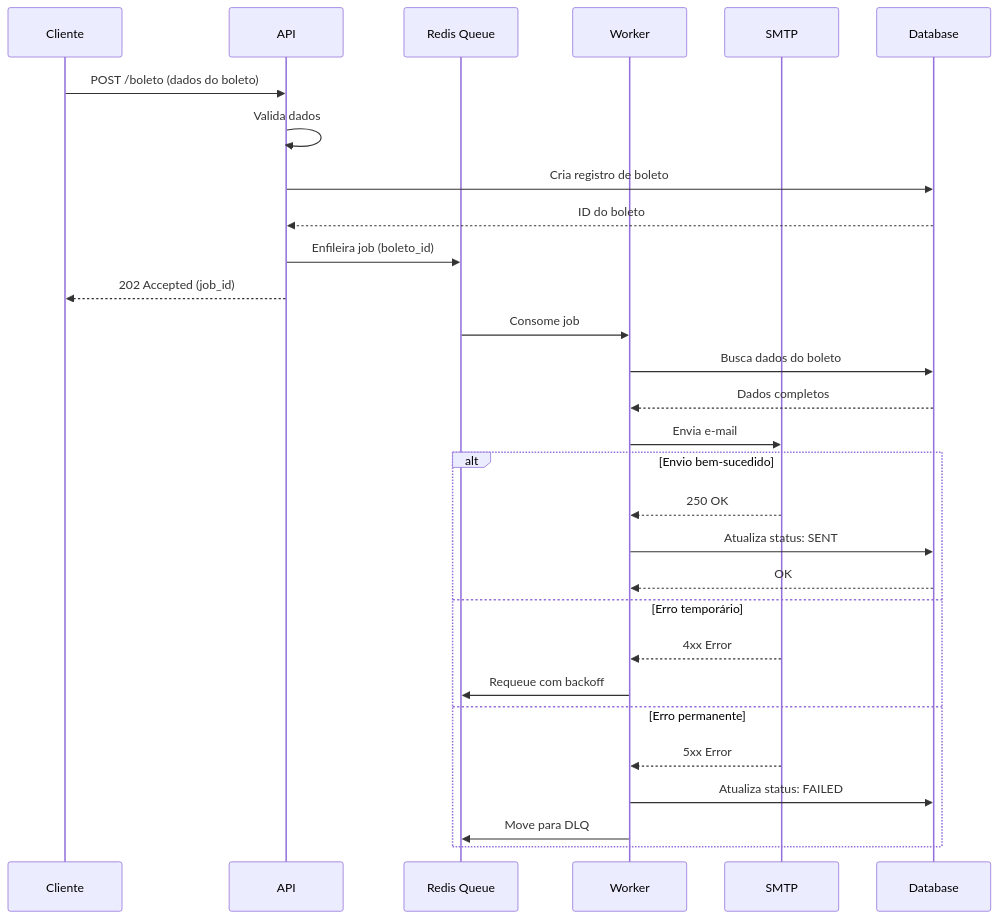
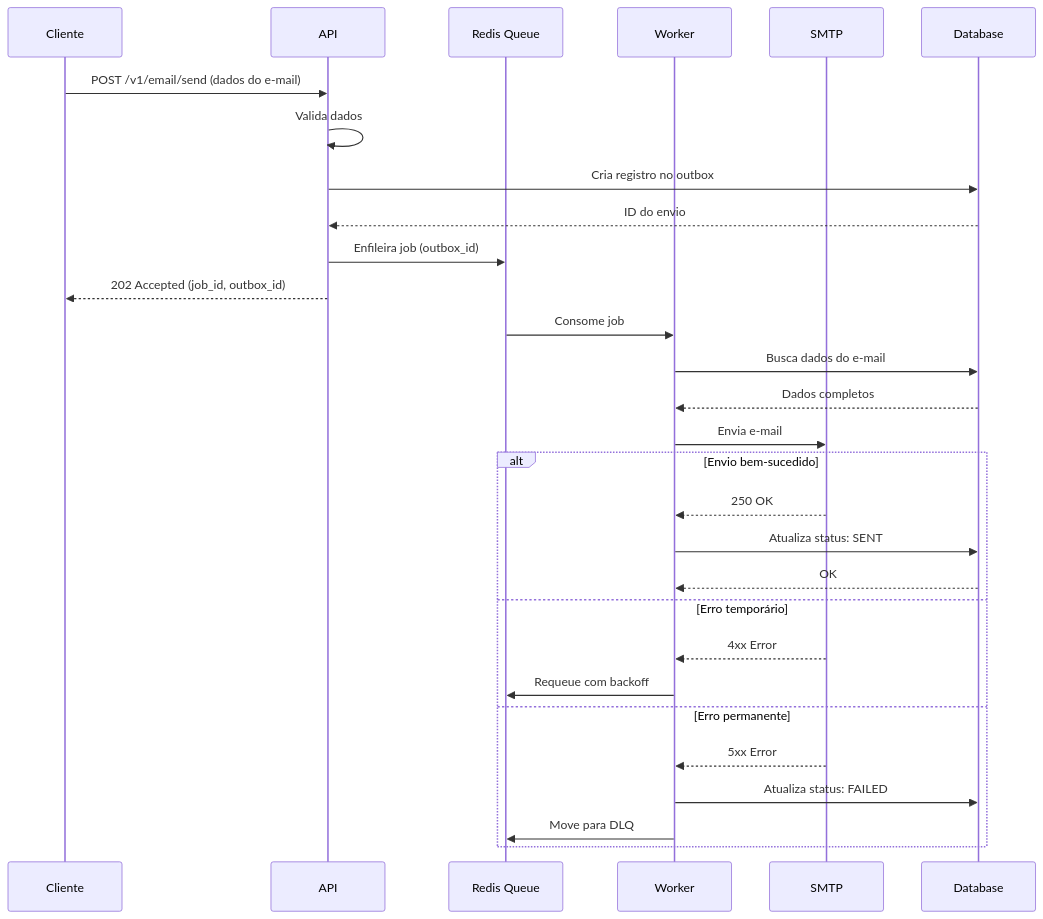
The second of 3 diagrams in docs/architecture/01-visao-geral-sistema.md (diogenesmendes01/email-gateway), drawn with Mermaid before and after one commit. The commit also changed other lines of this file and 2 other files, not shown here.

Commit message:
fix: resolve MODERATE items da revisão da PR #2
**Inconsistência de framework:**
- Alinha uso de NestJS em todos os documentos
- Atualiza diagrama e seções de tecnologia

**Endpoints inconsistentes:**
- Padroniza endpoints para /v1/email/send e /v1/emails/:id
- Atualiza diagramas de fluxo com nomenclatura correta

**Título duplicado:**
- Remove duplicação em seção 1.10 do pacote MVP

**SUGGESTIONS registradas:**
- Cria task/PR2-TASK-01.md com melhorias futuras
- Registra itens de validação Mermaid, link checking, diagramas e docs

🤖 Generated with [Claude Code](https://claude.com/claude-code)

````diff
--- a/docs/architecture/01-visao-geral-sistema.md
+++ b/docs/architecture/01-visao-geral-sistema.md
@@ -199,34 +199,34 @@
 ```mermaid
 sequenceDiagram
     participant C as Cliente
     participant A as API
     participant Q as Redis Queue
     participant W as Worker
     participant S as SMTP
     participant D as Database
 
-    C->>A: POST /boleto (dados do boleto)
+    C->>A: POST /v1/email/send (dados do e-mail)
     A->>A: Valida dados
-    A->>D: Cria registro de boleto
-    D-->>A: ID do boleto
-    A->>Q: Enfileira job (boleto_id)
-    A-->>C: 202 Accepted (job_id)
+    A->>D: Cria registro no outbox
+    D-->>A: ID do envio
+    A->>Q: Enfileira job (outbox_id)
+    A-->>C: 202 Accepted (job_id, outbox_id)
 
     Q->>W: Consome job
-    W->>D: Busca dados do boleto
+    W->>D: Busca dados do e-mail
     D-->>W: Dados completos
     W->>S: Envia e-mail
 
     alt Envio bem-sucedido
         S-->>W: 250 OK
         W->>D: Atualiza status: SENT
         D-->>W: OK
     else Erro temporário
         S-->>W: 4xx Error
         W->>Q: Requeue com backoff
     else Erro permanente
         S-->>W: 5xx Error
         W->>D: Atualiza status: FAILED
         W->>Q: Move para DLQ
     end
 ```
````
